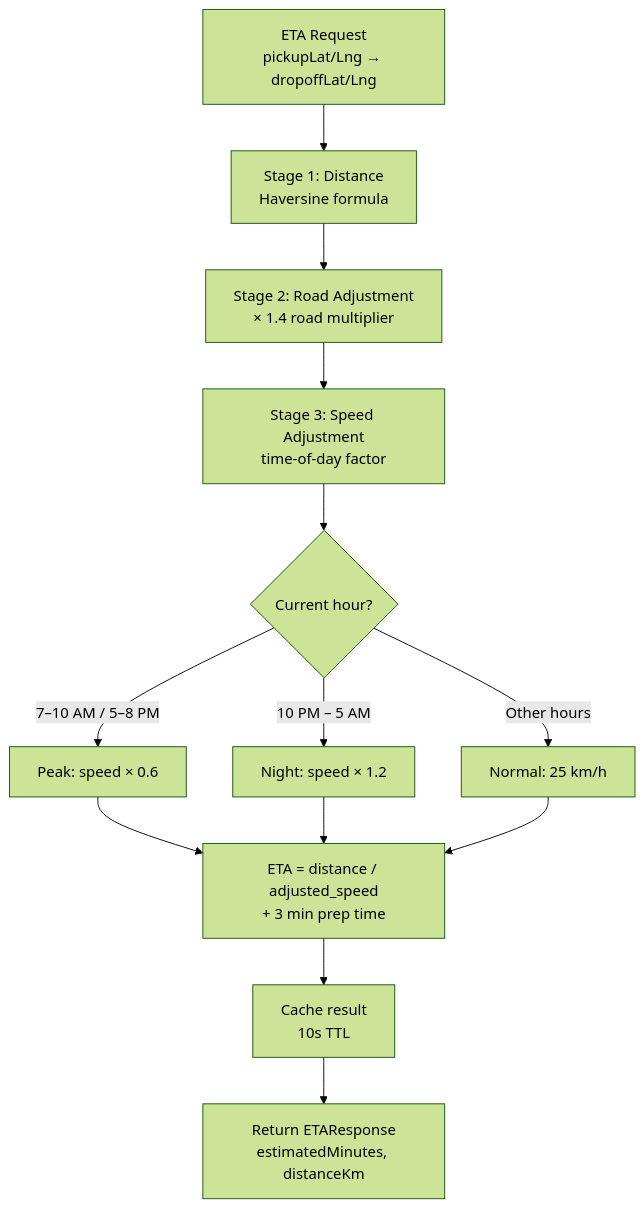
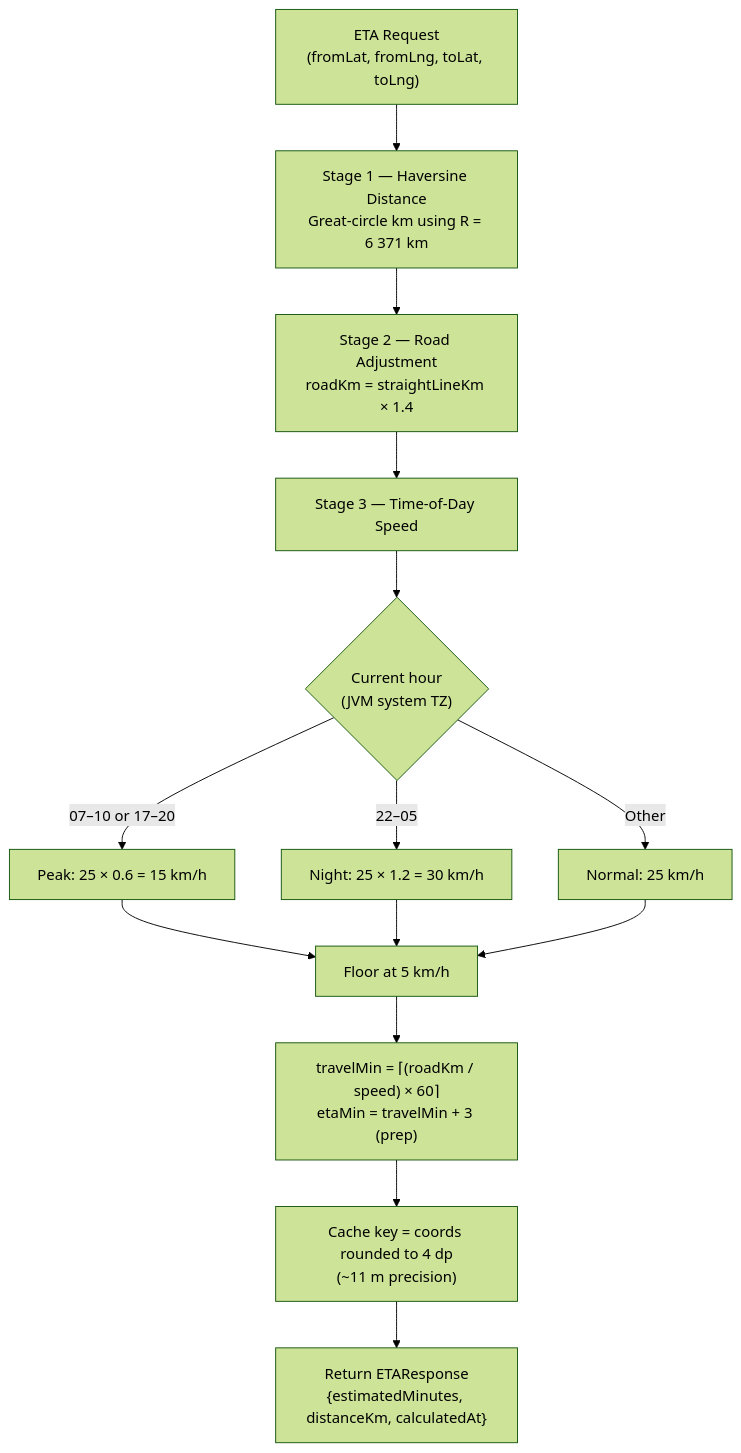
Before and after one commit to sunitakeazycommerz-a11y/InstaCommerce: the third of 6 diagrams in services/routing-eta-service/README.md, drawn with Mermaid (forest theme). The commit also changed other lines of this file and 2 other files, not shown here.

````diff
--- a/services/routing-eta-service/README.md
+++ b/services/routing-eta-service/README.md
@@ -28,15 +237,16 @@
 ```mermaid
 flowchart TD
-    A[ETA Request<br/>pickupLat/Lng → dropoffLat/Lng] --> B[Stage 1: Distance<br/>Haversine formula]
-    B --> C[Stage 2: Road Adjustment<br/>× 1.4 road multiplier]
-    C --> D[Stage 3: Speed Adjustment<br/>time-of-day factor]
-    D --> E{Current hour?}
-    E -->|7–10 AM / 5–8 PM| F[Peak: speed × 0.6]
-    E -->|10 PM – 5 AM| G[Night: speed × 1.2]
-    E -->|Other hours| H[Normal: 25 km/h]
-    F --> I[ETA = distance / adjusted_speed<br/>+ 3 min prep time]
+    A["ETA Request<br/>(fromLat, fromLng, toLat, toLng)"] --> B["Stage 1 — Haversine Distance<br/>Great-circle km using R = 6 371 km"]
+    B --> C["Stage 2 — Road Adjustment<br/>roadKm = straightLineKm × 1.4"]
+    C --> D["Stage 3 — Time-of-Day Speed"]
+    D --> E{"Current hour<br/>(JVM system TZ)"}
+    E -->|"07–10 or 17–20"| F["Peak: 25 × 0.6 = 15 km/h"]
+    E -->|"22–05"| G["Night: 25 × 1.2 = 30 km/h"]
+    E -->|"Other"| H["Normal: 25 km/h"]
+    F --> I["Floor at 5 km/h"]
     G --> I
     H --> I
-    I --> J[Cache result<br/>10s TTL]
-    J --> K[Return ETAResponse<br/>estimatedMinutes, distanceKm]
+    I --> J["travelMin = ⌈(roadKm / speed) × 60⌉<br/>etaMin = travelMin + 3 (prep)"]
+    J --> K["Cache key = coords rounded to 4 dp<br/>(~11 m precision)"]
+    K --> L["Return ETAResponse<br/>{estimatedMinutes, distanceKm, calculatedAt}"]
 ```
````
